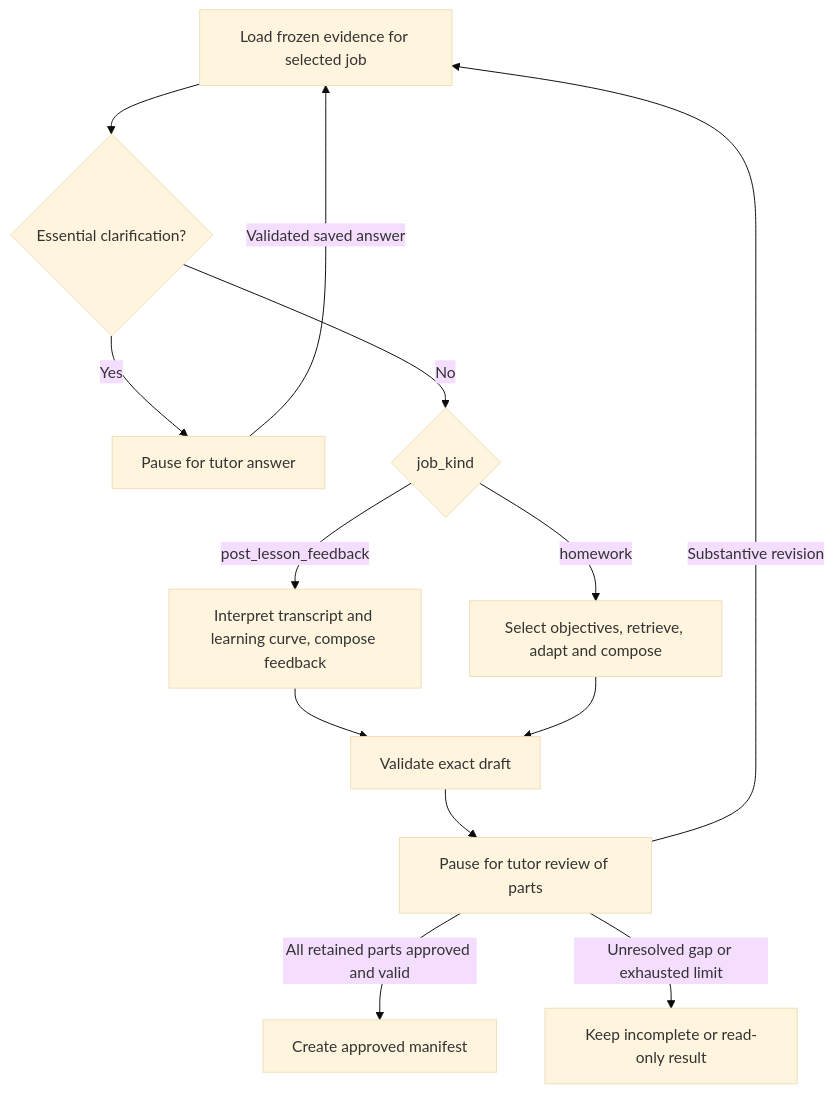
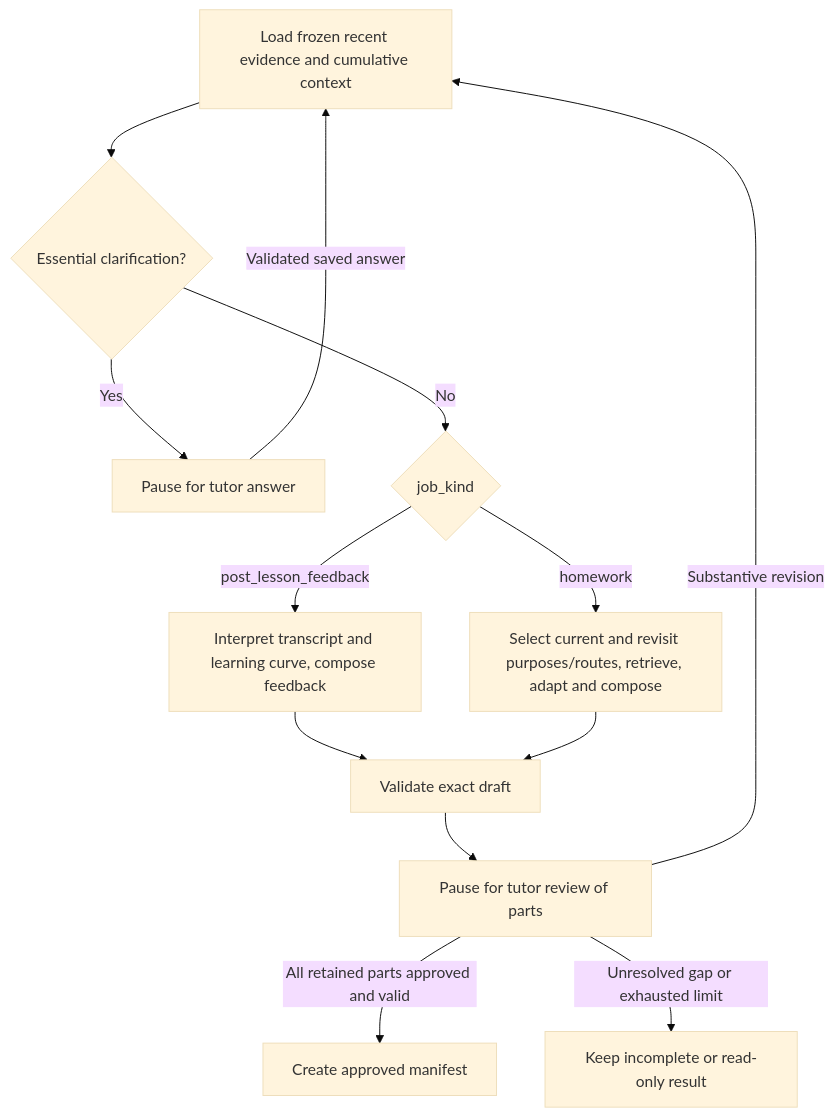
The second of 2 diagrams in Architecture.md (stan-playground/Tutor-2), drawn with Mermaid (base theme) before and after one commit. The commit also changed other lines of this file and 26 other files, not shown here.

Commit message:
docs: add cumulative learning history and broader teaching routes (HG-0011)

````diff
--- a/Architecture.md
+++ b/Architecture.md
@@ -336,15 +355,15 @@
 ```mermaid
 flowchart TD
-    Evidence[Load frozen evidence for selected job] --> Clarify{Essential clarification?}
+    Evidence[Load frozen recent evidence and cumulative context] --> Clarify{Essential clarification?}
     Clarify -->|Yes| Question[Pause for tutor answer]
     Question -->|Validated saved answer| Evidence
     Clarify -->|No| Job{job_kind}
-    Job -->|homework| Generate[Select objectives, retrieve, adapt and compose]
+    Job -->|homework| Generate[Select current and revisit purposes/routes, retrieve, adapt and compose]
     Job -->|post_lesson_feedback| Feedback[Interpret transcript and learning curve, compose feedback]
     Feedback --> Validate
     Generate --> Validate[Validate exact draft]
     Validate --> Review[Pause for tutor review of parts]
     Review -->|Substantive revision| Evidence
     Review -->|All retained parts approved and valid| Ready[Create approved manifest]
     Review -->|Unresolved gap or exhausted limit| Incomplete[Keep incomplete or read-only result]
 ```
````
